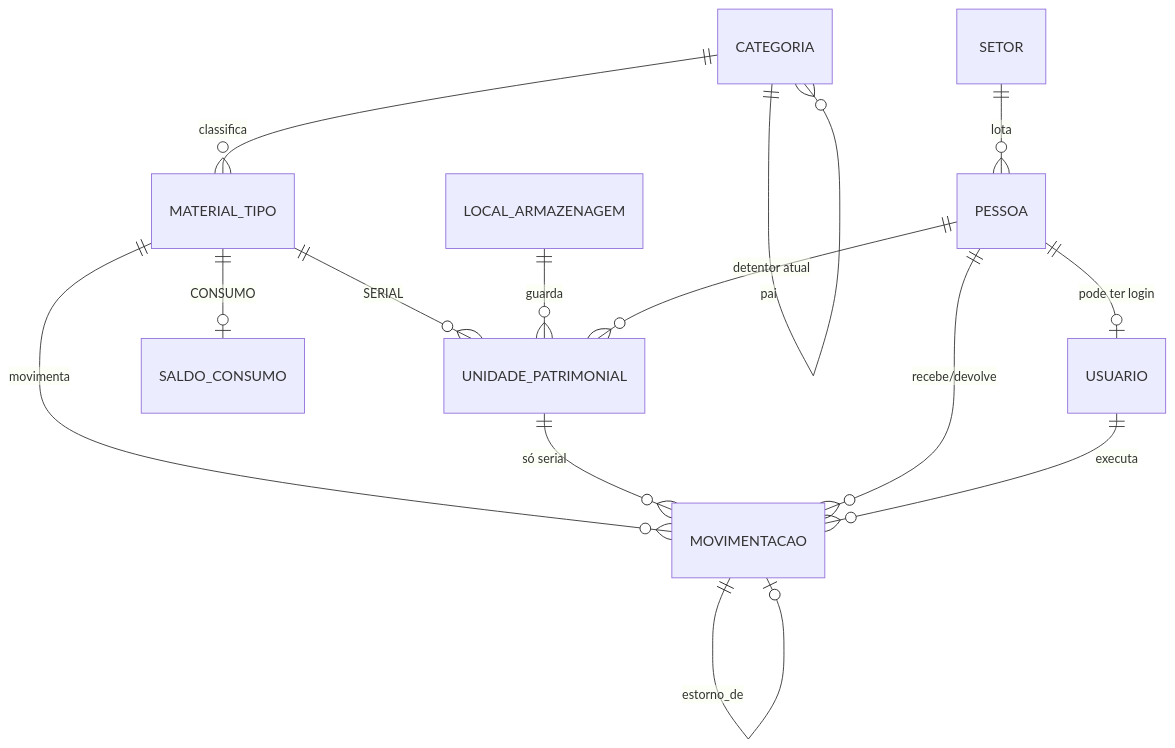
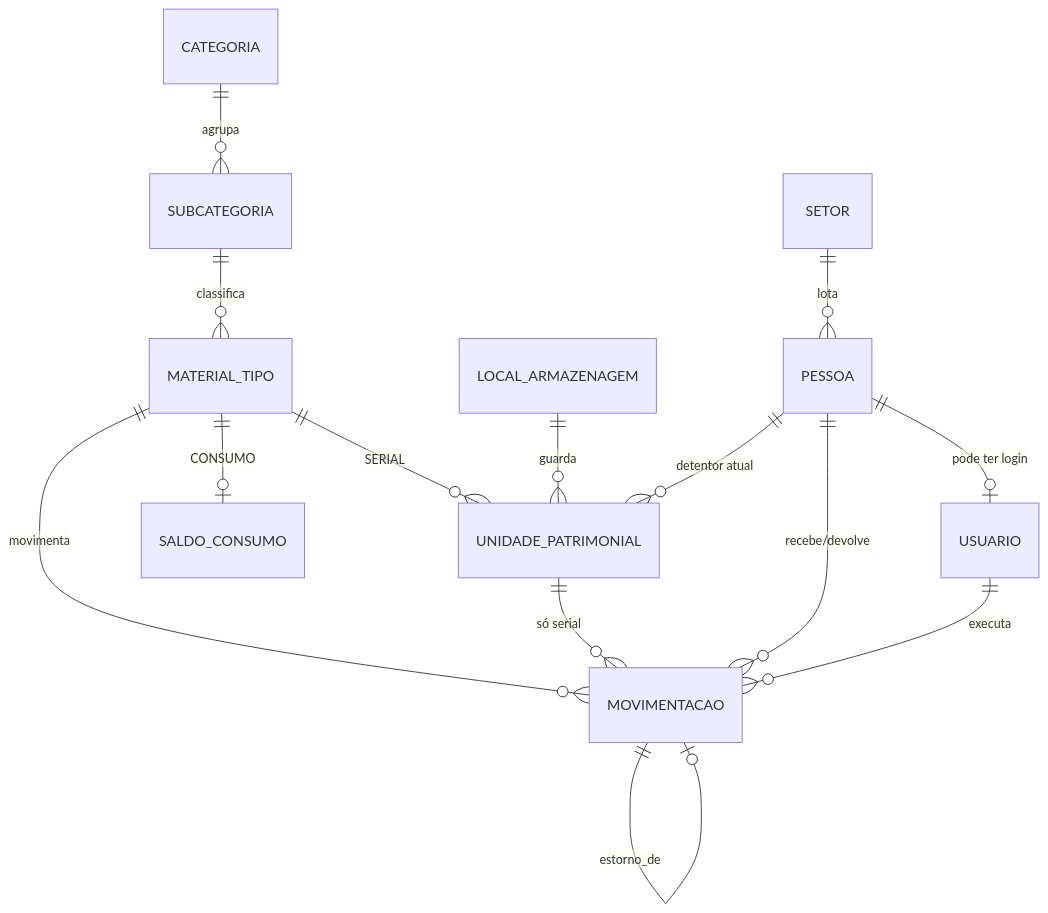
Before and after one commit to DiegoSantiago1/controle-materiais-cautela: the diagram in docs/PLAN.md, drawn with Mermaid. The commit also changed other lines of this file and 8 other files, not shown here.

First line of the commit message:
feat: schema core com histórico imutável e funções de movimentação (T1.2)

````diff
--- a/docs/PLAN.md
+++ b/docs/PLAN.md
@@ -46,16 +48,16 @@
 ```mermaid
 erDiagram
-    CATEGORIA ||--o{ CATEGORIA : "pai"
-    CATEGORIA ||--o{ MATERIAL_TIPO : classifica
+    CATEGORIA ||--o{ SUBCATEGORIA : agrupa
+    SUBCATEGORIA ||--o{ MATERIAL_TIPO : classifica
     MATERIAL_TIPO ||--o{ UNIDADE_PATRIMONIAL : "SERIAL"
     MATERIAL_TIPO ||--o| SALDO_CONSUMO : "CONSUMO"
     LOCAL_ARMAZENAGEM ||--o{ UNIDADE_PATRIMONIAL : guarda
     SETOR ||--o{ PESSOA : lota
     PESSOA ||--o| USUARIO : "pode ter login"
     PESSOA ||--o{ UNIDADE_PATRIMONIAL : "detentor atual"
     MATERIAL_TIPO ||--o{ MOVIMENTACAO : movimenta
     UNIDADE_PATRIMONIAL ||--o{ MOVIMENTACAO : "só serial"
     PESSOA ||--o{ MOVIMENTACAO : "recebe/devolve"
     USUARIO ||--o{ MOVIMENTACAO : executa
     MOVIMENTACAO ||--o| MOVIMENTACAO : "estorno_de"
 ```
````
